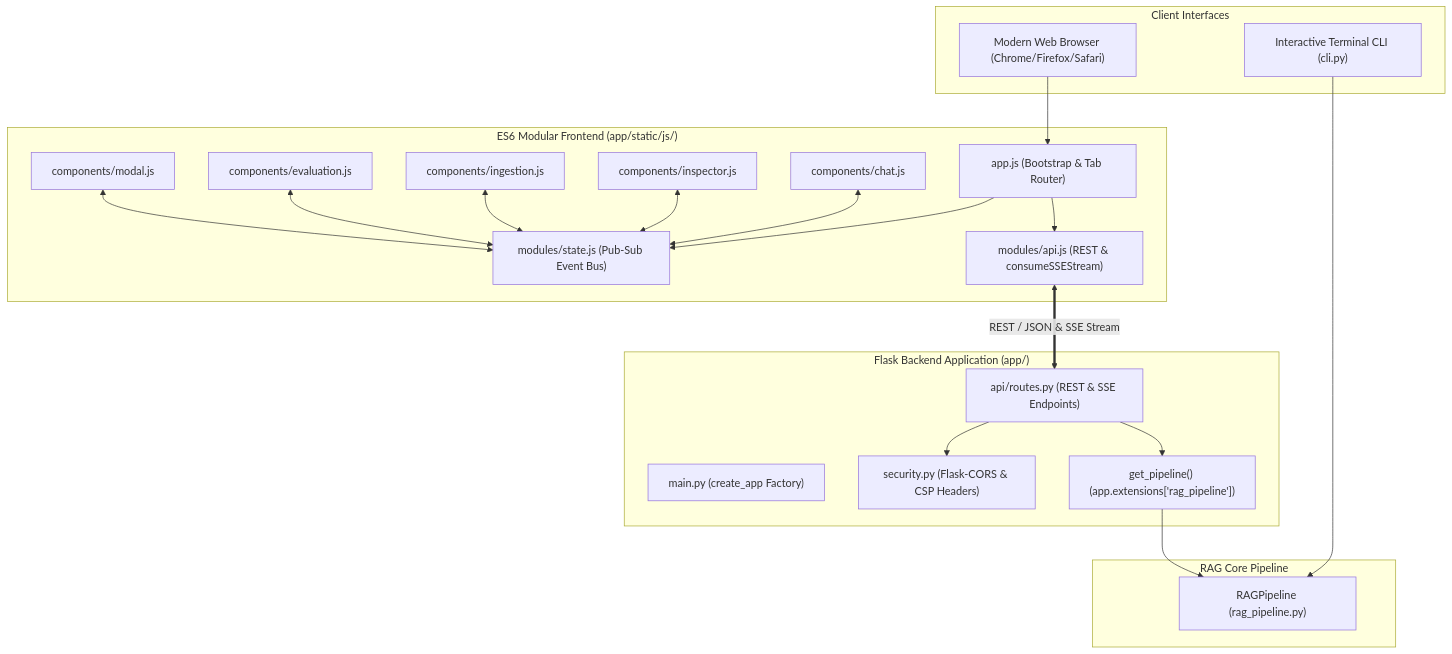
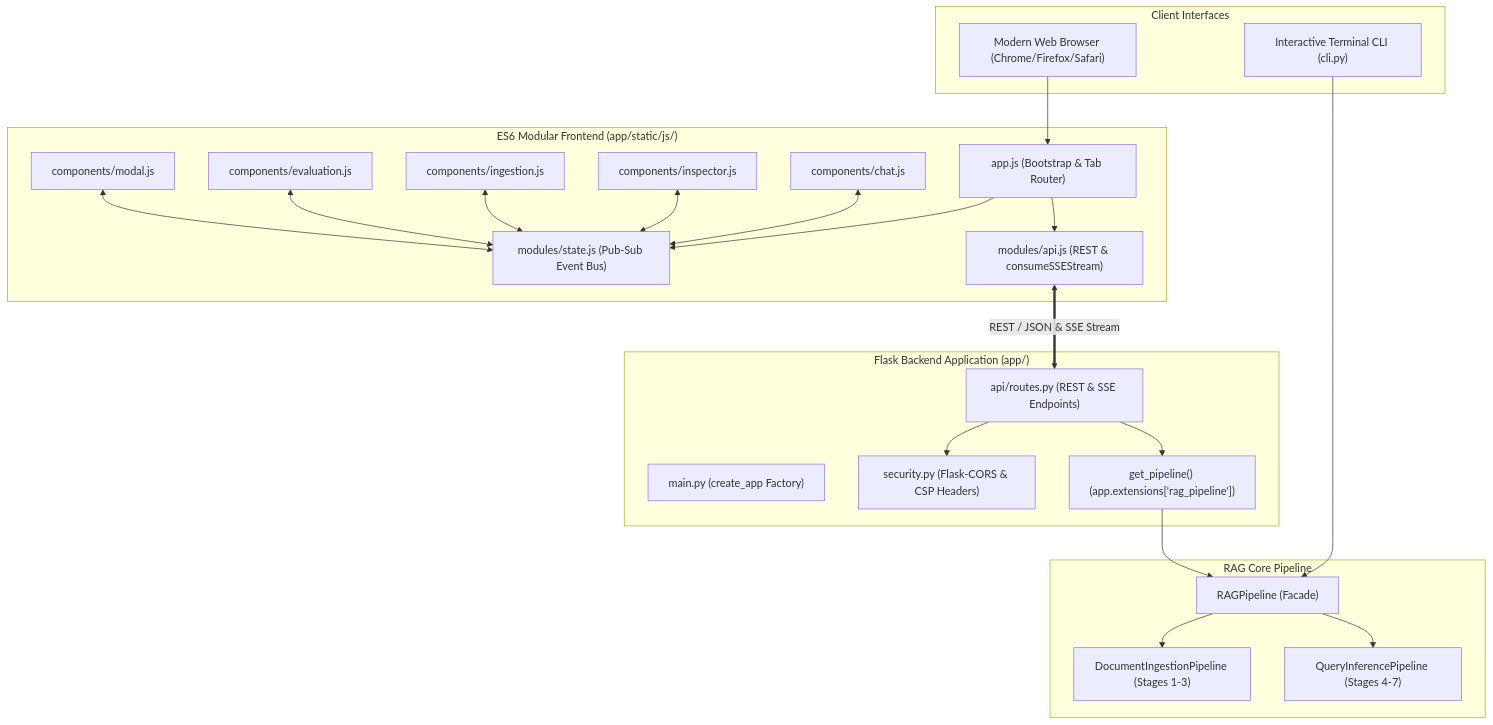
The first of 3 diagrams in docs/v0.2.0/core_functionalities/07_api_web_interface_and_event_streaming.md (Kaynup/orpheus), drawn with Mermaid before and after one commit. The commit also changed other lines of this file and 18 other files, not shown here.

Commit message:
feat(pipeline): modularize RAG pipeline into abstract base protocols and sub-pipelines

````diff
--- a/docs/v0.2.0/core_functionalities/07_api_web_interface_and_event_streaming.md
+++ b/docs/v0.2.0/core_functionalities/07_api_web_interface_and_event_streaming.md
@@ -21,46 +21,50 @@
 ```mermaid
 graph TD
     subgraph ClientEnvironments ["Client Interfaces"]
         Browser["Modern Web Browser (Chrome/Firefox/Safari)"]
         CLIClient["Interactive Terminal CLI (cli.py)"]
     end
 
     subgraph FrontendArchitecture ["ES6 Modular Frontend (app/static/js/)"]
         AppBootstrap["app.js (Bootstrap & Tab Router)"]
         EventBus["modules/state.js (Pub-Sub Event Bus)"]
         TransportAPI["modules/api.js (REST & consumeSSEStream)"]
         ChatComp["components/chat.js"]
         InspectComp["components/inspector.js"]
         IngestComp["components/ingestion.js"]
         EvalComp["components/evaluation.js"]
         ModalComp["components/modal.js"]
     end
 
     subgraph FlaskAPI ["Flask Backend Application (app/)"]
         AppFactory["main.py (create_app Factory)"]
         SecurityMW["security.py (Flask-CORS & CSP Headers)"]
         Routes["api/routes.py (REST & SSE Endpoints)"]
         PipelineDI["get_pipeline() (app.extensions['rag_pipeline'])"]
     end
 
     subgraph PipelineCore ["RAG Core Pipeline"]
-        Orchestrator["RAGPipeline (rag_pipeline.py)"]
+        Orchestrator["RAGPipeline (Facade)"]
+        IngestionSub["DocumentIngestionPipeline (Stages 1-3)"]
+        InferenceSub["QueryInferencePipeline (Stages 4-7)"]
     end
 
     Browser --> AppBootstrap
     CLIClient --> Orchestrator
 
     AppBootstrap --> EventBus
     AppBootstrap --> TransportAPI
     TransportAPI <== "REST / JSON & SSE Stream" ==> Routes
 
     Routes --> SecurityMW
     Routes --> PipelineDI
     PipelineDI --> Orchestrator
+    Orchestrator --> IngestionSub
+    Orchestrator --> InferenceSub
 
     ChatComp <--> EventBus
     InspectComp <--> EventBus
     IngestComp <--> EventBus
     EvalComp <--> EventBus
     ModalComp <--> EventBus
 ```
````
